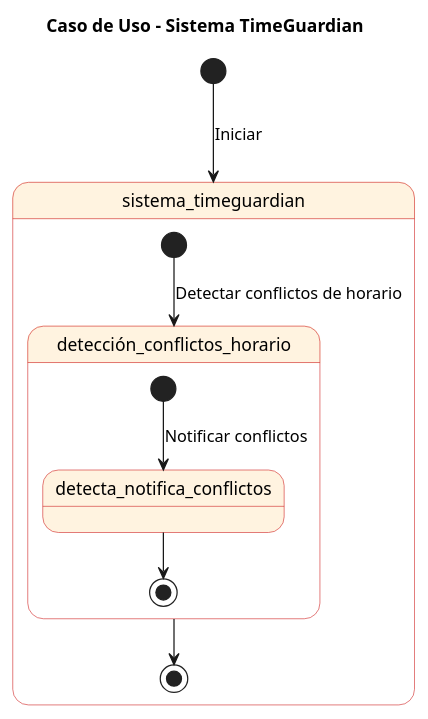
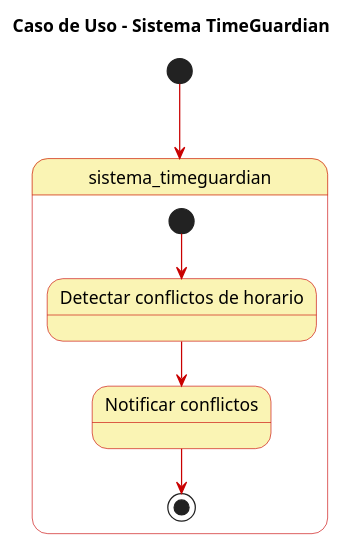
The diagram in Casos de Uso/Detalles Diagrama 2.puml (FernandoWilliam26/23-24-IdSw1-SDR), drawn with PlantUML before and after one commit. The commit also changed 2 other files, not shown here.

```diff
--- a/Casos de Uso/Detalles Diagrama 2.puml
+++ b/Casos de Uso/Detalles Diagrama 2.puml
@@ -1,26 +1,26 @@
 @startuml
 
 skinparam state {
-    BackgroundColor #fff3e0
-    BorderColor #d32f2f
+  BackgroundColor #faf4b4
+  BorderColor #c90000
 }
 
 skinparam note {
-    BackgroundColor #e1bee7
+  BackgroundColor #f5f5f5
 }
+
+skinparam linetype polyline
 
 title Caso de Uso - Sistema TimeGuardian
 
-[*] --> sistema_timeguardian: Iniciar
+[*] -[#c90000]-> sistema_timeguardian
+
 state sistema_timeguardian {
-    [*] --> detección_conflictos_horario: Detectar conflictos de horario
-
-    state detección_conflictos_horario {
-        [*] --> detecta_notifica_conflictos: Notificar conflictos
-        detecta_notifica_conflictos --> [*]
-    }
-
-    detección_conflictos_horario --> [*]
+  [*] -[#c90000]-> detección_conflictos_horario
+  state "Detectar conflictos de horario" as detección_conflictos_horario
+  detección_conflictos_horario -[#c90000]-> detecta_notifica_conflictos
+  state "Notificar conflictos" as detecta_notifica_conflictos
+  detecta_notifica_conflictos -[#c90000]-> [*]
 }
 
 @enduml
```
